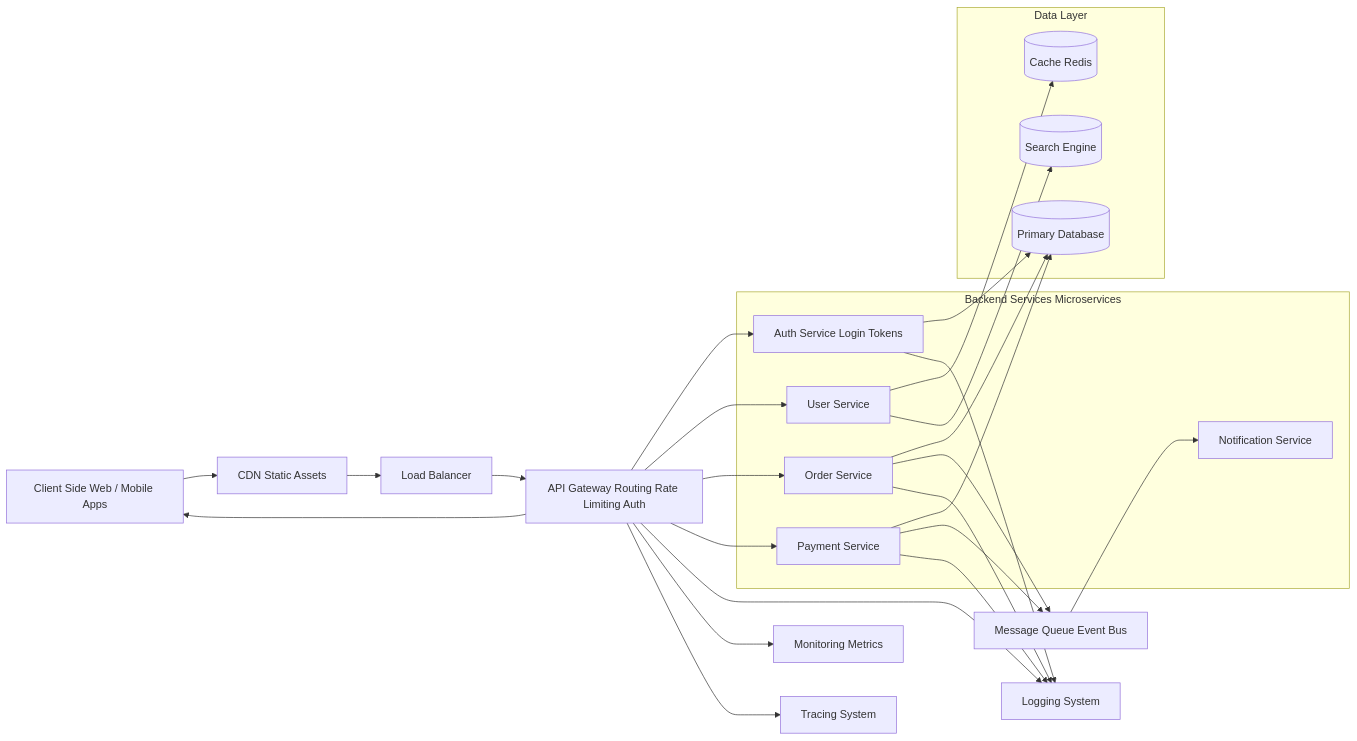
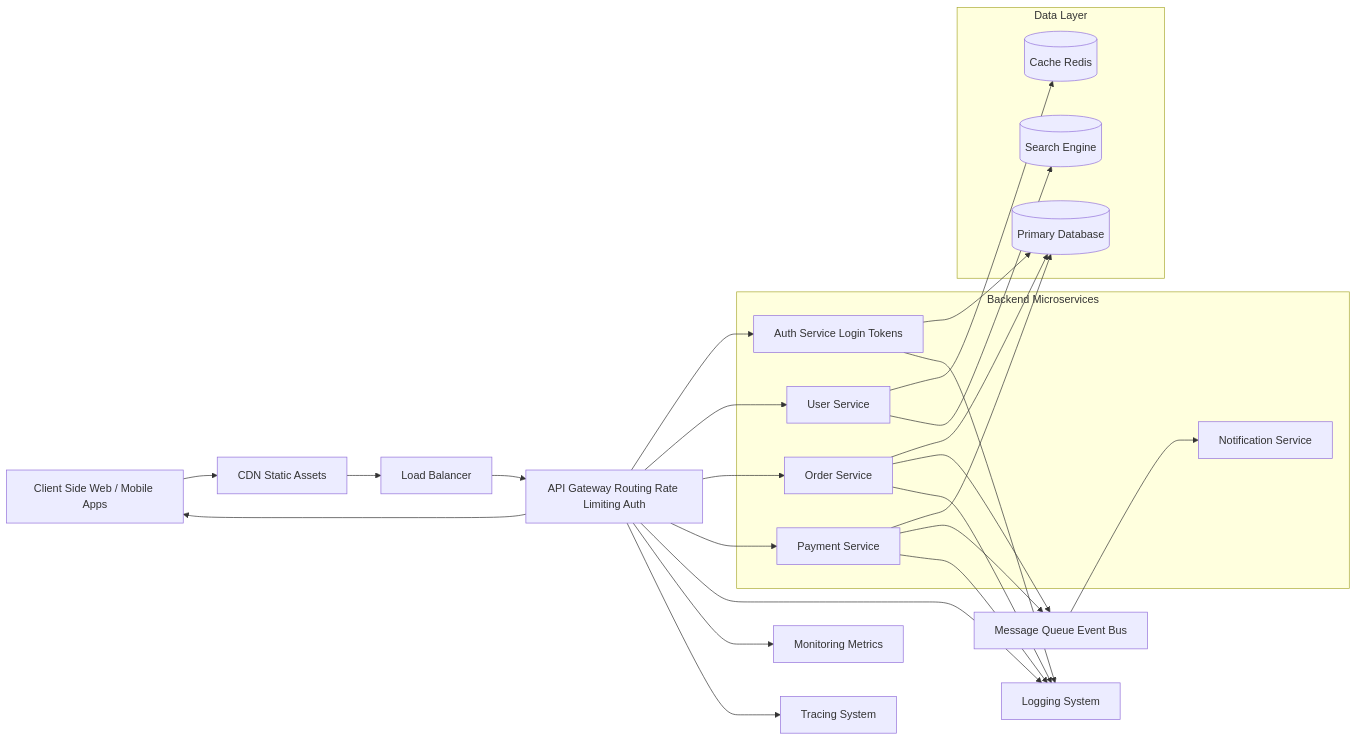
Before and after one commit to software-engineering-projects/enterprise-backend-development: the diagram in JavaScript Essentials 1/a.2 figure.md, drawn with Mermaid.

Commit message:
Update a.2 figure.md

````diff
--- a/JavaScript Essentials 1/a.2 figure.md
+++ b/JavaScript Essentials 1/a.2 figure.md
@@ -1,67 +1,67 @@
 ```mermaid
 flowchart LR
 
 %% CLIENT
 CLIENT[Client Side Web / Mobile Apps]
 
 %% EDGE LAYER
 CDN[CDN Static Assets]
 LB[Load Balancer]
 
 %% API LAYER
 GW[API Gateway Routing Rate Limiting Auth]
 
 %% BACKEND SERVICES
-subgraph BACKEND[Backend Services Microservices]
+subgraph BACKEND[Backend Microservices]
 AUTH[Auth Service Login Tokens]
 USER[User Service]
 ORDER[Order Service]
 PAYMENT[Payment Service]
 NOTIF[Notification Service]
 end
 
 %% DATA LAYER
 subgraph DATA[Data Layer]
 DB[(Primary Database)]
 CACHE[(Cache Redis)]
 SEARCH[(Search Engine)]
 end
 
 %% ASYNC SYSTEM
 MQ[Message Queue Event Bus]
 
 %% OBSERVABILITY
 LOGS[Logging System]
 MONITOR[Monitoring Metrics]
 TRACE[Tracing System]
 
 %% FLOW
 CLIENT --> CDN --> LB --> GW
 
 GW --> AUTH
 GW --> USER
 GW --> ORDER
 GW --> PAYMENT
 
 USER --> CACHE
 ORDER --> DB
 PAYMENT --> DB
 AUTH --> DB
 
 ORDER --> MQ
 PAYMENT --> MQ
 MQ --> NOTIF
 
 USER --> SEARCH
 
 %% Observability connections (corrected)
 GW --> LOGS
 AUTH --> LOGS
 ORDER --> LOGS
 PAYMENT --> LOGS
 
 GW --> MONITOR
 GW --> TRACE
 
 GW --> CLIENT
 ```
````
